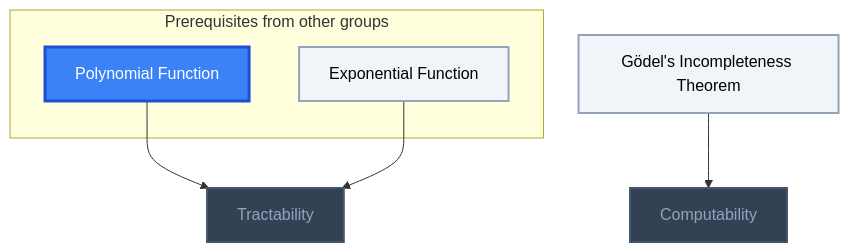
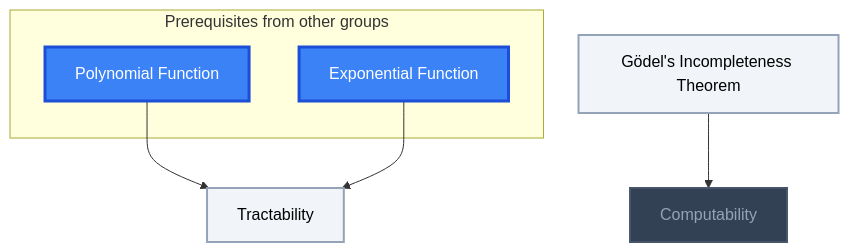
One commit to MRauf1/My-Notes changed the seventh of 10 diagrams in Gamification/Skill Trees/Theoretical Computer Science.md. Above: the diagram before and after it, drawn with Mermaid. The commit also changed other lines of this file and 145 other files, not shown here.

````diff
--- a/Gamification/Skill Trees/Theoretical Computer Science.md
+++ b/Gamification/Skill Trees/Theoretical Computer Science.md
@@ -323,26 +325,26 @@
 ```mermaid
 flowchart TD
     classDef planned fill:#1E293B,stroke:#64748B,stroke-width:2px,stroke-dasharray:5 5,color:#94A3B8;
     classDef locked fill:#334155,stroke:#475569,stroke-width:2px,color:#94A3B8;
     classDef L0 fill:#F1F5F9,stroke:#94A3B8,stroke-width:2px,color:#000000;
     classDef L1 fill:#22C55E,stroke:#15803D,stroke-width:2px,color:#000000;
     classDef L2 fill:#3B82F6,stroke:#1D4ED8,stroke-width:3px,color:#FFFFFF;
     classDef L3 fill:#A855F7,stroke:#6B21A8,stroke-width:3px,color:#FFFFFF,font-weight:bold;
     classDef L4 fill:#F97316,stroke:#C2410C,stroke-width:4px,color:#000000,font-weight:bold;
     classDef L5 fill:#FFD700,stroke:#FF8C00,stroke-width:5px,color:#000000,font-weight:bold;
     classDef rusty stroke:#8B4513,stroke-width:4px,stroke-dasharray:3 3;
     subgraph sg_prereqs["Prerequisites from other groups"]
         n_polynomial_function["Polynomial Function"]
         n_exponential_function["Exponential Function"]
     end
     n_g_del_s_incompleteness_theorem["Gödel's Incompleteness Theorem"]
     n_computability["Computability"]
     n_tractability["Tractability"]
     n_g_del_s_incompleteness_theorem --> n_computability
     n_polynomial_function --> n_tractability
     n_exponential_function --> n_tractability
-    class n_computability,n_tractability locked;
-    class n_exponential_function,n_g_del_s_incompleteness_theorem L0;
-    class n_polynomial_function L2;
+    class n_computability locked;
+    class n_g_del_s_incompleteness_theorem,n_tractability L0;
+    class n_polynomial_function,n_exponential_function L2;
     class n_polynomial_function,n_exponential_function,n_g_del_s_incompleteness_theorem,n_computability,n_tractability internal-link;
 ```
````
